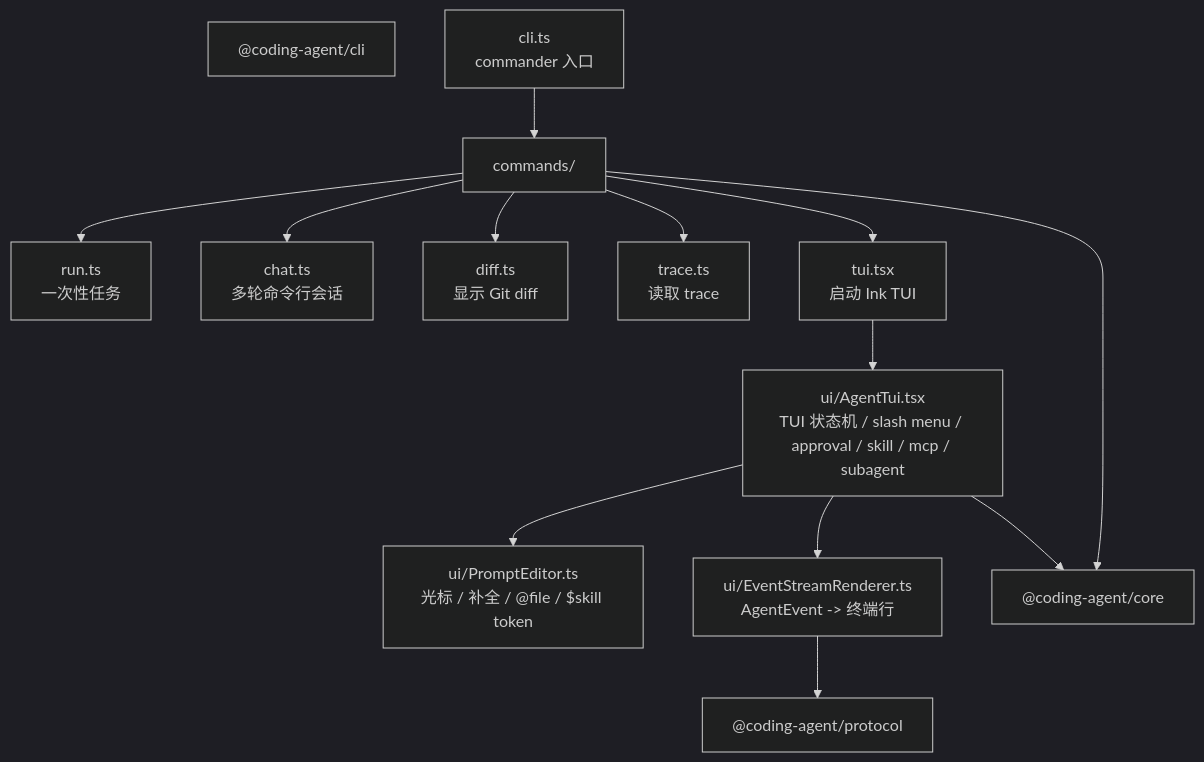
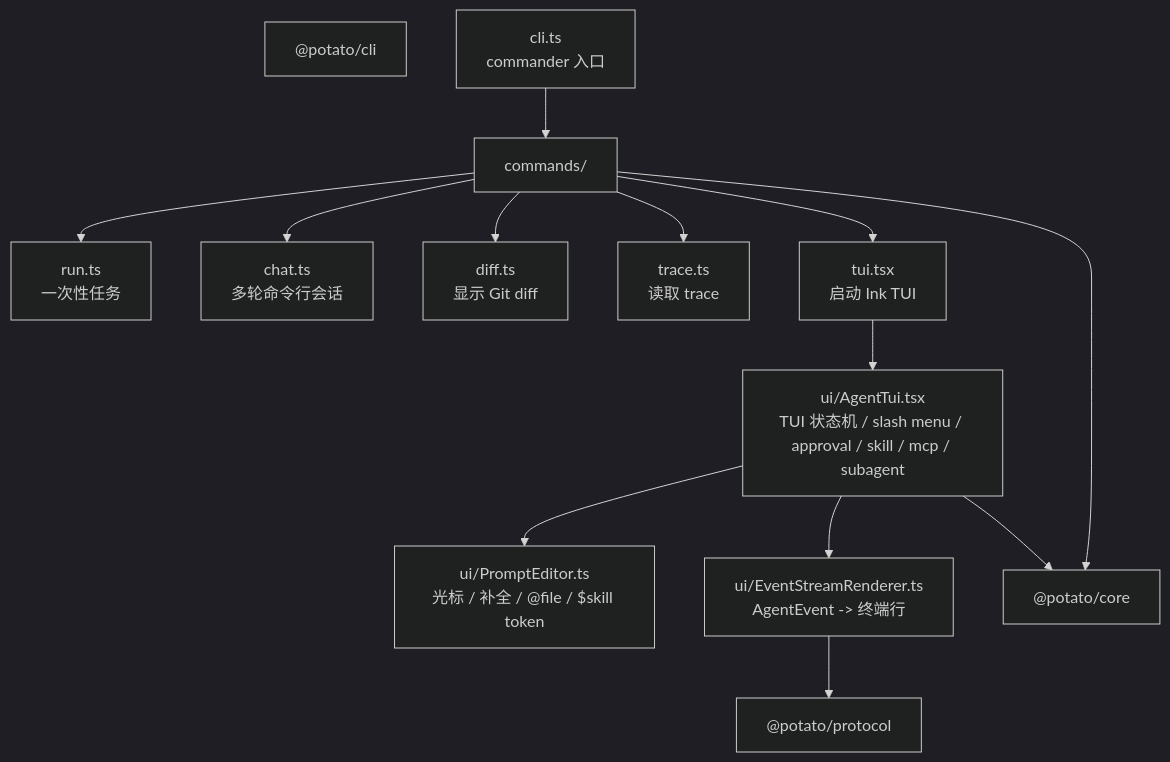
Before and after one commit to CrazyMrYan/potato-agent: the fifth of 6 diagrams in wiki/architecture.md, drawn with Mermaid (dark theme). The commit also changed other lines of this file and 55 other files, not shown here.

````diff
--- a/wiki/architecture.md
+++ b/wiki/architecture.md
@@ -174,19 +174,19 @@
 ```mermaid
 flowchart TB
-    CLI["@coding-agent/cli"]
+    CLI["@potato/cli"]
 
     Entry["cli.ts<br/>commander 入口"] --> Commands["commands/"]
     Commands --> Run["run.ts<br/>一次性任务"]
     Commands --> Chat["chat.ts<br/>多轮命令行会话"]
     Commands --> DiffCmd["diff.ts<br/>显示 Git diff"]
     Commands --> TraceCmd["trace.ts<br/>读取 trace"]
     Commands --> TuiCmd["tui.tsx<br/>启动 Ink TUI"]
 
     TuiCmd --> AgentTui["ui/AgentTui.tsx<br/>TUI 状态机 / slash menu / approval / skill / mcp / subagent"]
     AgentTui --> PromptEditor["ui/PromptEditor.ts<br/>光标 / 补全 / @file / $skill token"]
     AgentTui --> Renderer["ui/EventStreamRenderer.ts<br/>AgentEvent -> 终端行"]
 
-    Commands --> Core["@coding-agent/core"]
+    Commands --> Core["@potato/core"]
     AgentTui --> Core
-    Renderer --> Protocol["@coding-agent/protocol"]
+    Renderer --> Protocol["@potato/protocol"]
 ```
````
